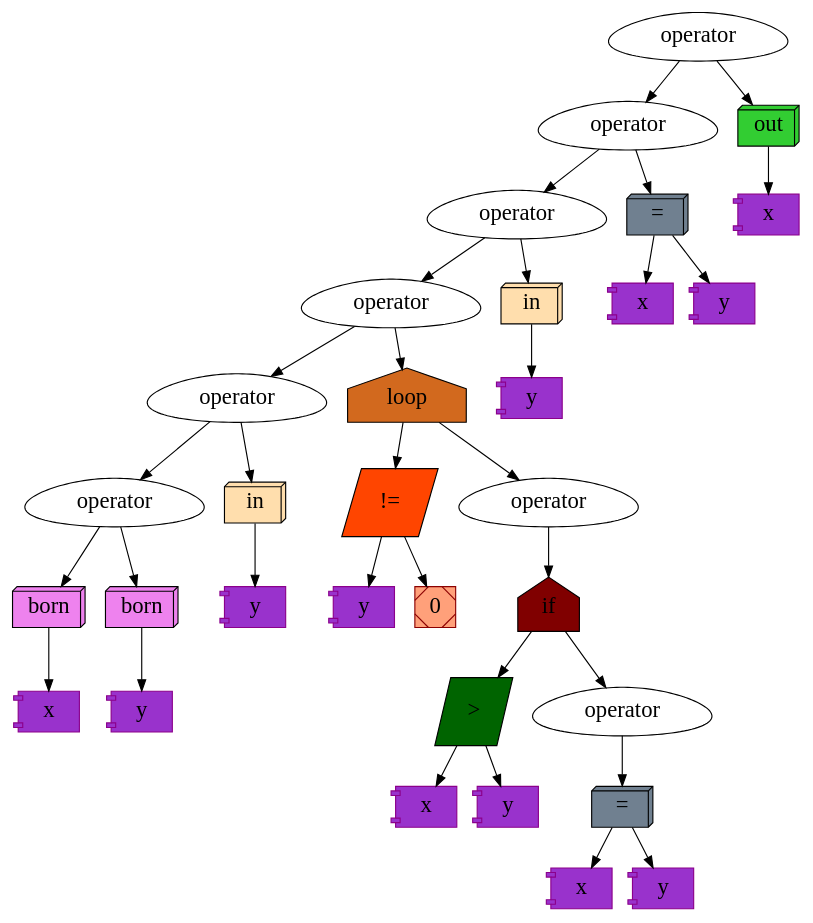
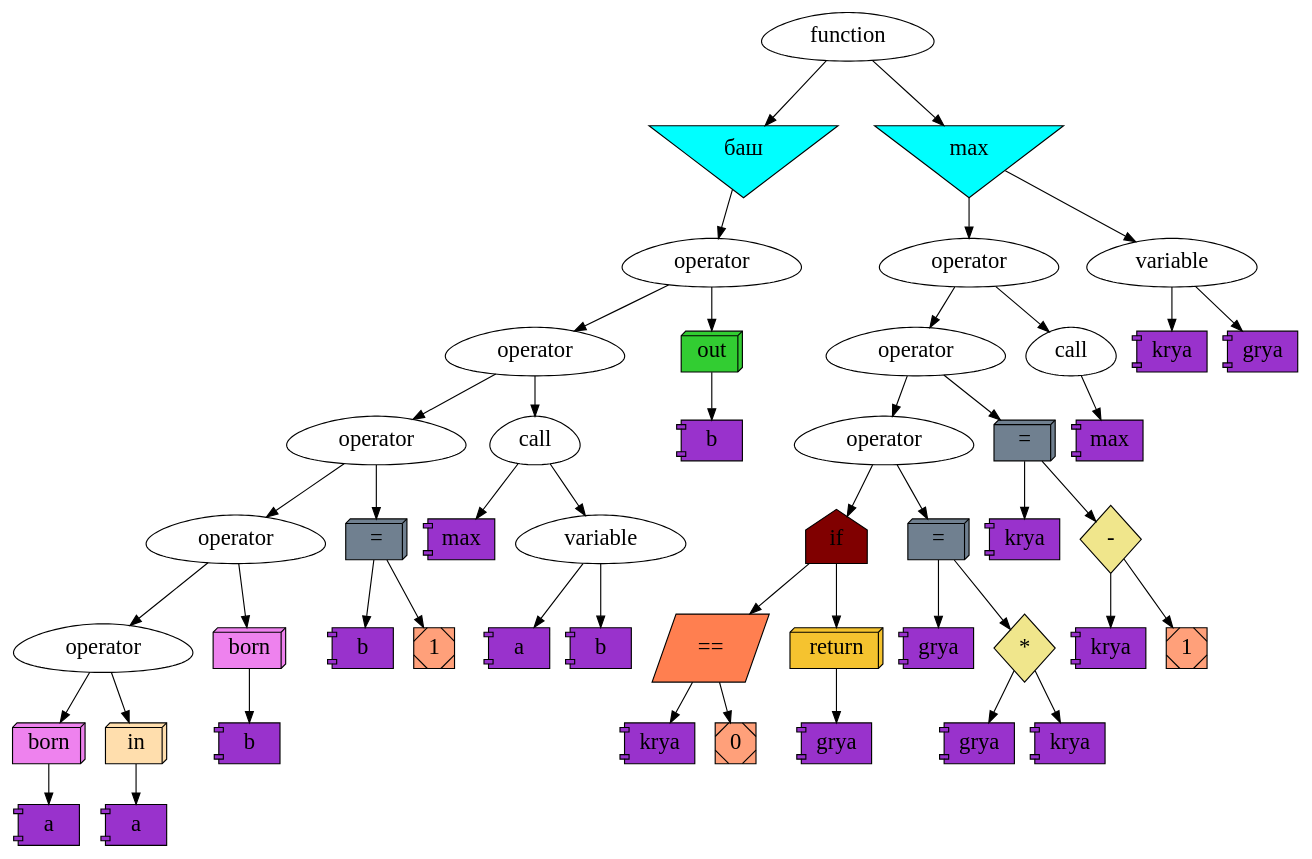
The diagram in Language/dott.dot (Arv1k/1_sem), drawn with Graphviz before and after one commit. The commit also changed 534 other files, not shown here.

```diff
--- a/Language/dott.dot
+++ b/Language/dott.dot
@@ -1,67 +1,99 @@
 digraph {
 	node[color = "#000000", fontsize = 20];
 	edge[color = "#000000", fontsize = 20];
-		hey0[label = "operator", shape = "egg", color="#000000", style="filled", fillcolor = "#FFFFFF"];
+		hey0[label = "function", shape = "egg", color="#000000", style="filled", fillcolor = "#FFFFFF"];
 		hey0->hey1;
-		hey1[label = "operator", shape = "egg", color="#000000", style="filled", fillcolor = "#FFFFFF"];
+		hey1[label = "баш", shape = "invtriangle", color="#000000", style="filled", fillcolor = "#00FFFF"];
 		hey1->hey2;
 		hey2[label = "operator", shape = "egg", color="#000000", style="filled", fillcolor = "#FFFFFF"];
 		hey2->hey3;
 		hey3[label = "operator", shape = "egg", color="#000000", style="filled", fillcolor = "#FFFFFF"];
 		hey3->hey4;
 		hey4[label = "operator", shape = "egg", color="#000000", style="filled", fillcolor = "#FFFFFF"];
 		hey4->hey5;
 		hey5[label = "operator", shape = "egg", color="#000000", style="filled", fillcolor = "#FFFFFF"];
 		hey5->hey6;
-		hey6[label = "born", shape = "box3d", color="#000000", style="filled", fillcolor = "#EE82EE"];
+		hey6[label = "operator", shape = "egg", color="#000000", style="filled", fillcolor = "#FFFFFF"];
 		hey6->hey7;
-		hey7[label = "x", shape = "component", color="#8B008B", style="filled", fillcolor = "#9932CC"];
-		hey5->hey8;
-		hey8[label = "born", shape = "box3d", color="#000000", style="filled", fillcolor = "#EE82EE"];
-		hey8->hey9;
-		hey9[label = "y", shape = "component", color="#8B008B", style="filled", fillcolor = "#9932CC"];
-		hey4->hey10;
-		hey10[label = "in", shape = "box3d", color="#000000", style="filled", fillcolor = "#FFDEAD"];
-		hey10->hey11;
-		hey11[label = "y", shape = "component", color="#8B008B", style="filled", fillcolor = "#9932CC"];
-		hey3->hey12;
-		hey12[label = "loop", shape = "house", color="#000000", style="filled", fillcolor = "#D2691E"];
-		hey12->hey13;
-		hey13[label = "!=", shape = "parallelogram", color="#000000", style="filled", fillcolor = "#FF4500"];
+		hey7[label = "born", shape = "box3d", color="#000000", style="filled", fillcolor = "#EE82EE"];
+		hey7->hey8;
+		hey8[label = "a", shape = "component", color="#000000", style="filled", fillcolor = "#9932CC"];
+		hey6->hey9;
+		hey9[label = "in", shape = "box3d", color="#000000", style="filled", fillcolor = "#FFDEAD"];
+		hey9->hey10;
+		hey10[label = "a", shape = "component", color="#000000", style="filled", fillcolor = "#9932CC"];
+		hey5->hey11;
+		hey11[label = "born", shape = "box3d", color="#000000", style="filled", fillcolor = "#EE82EE"];
+		hey11->hey12;
+		hey12[label = "b", shape = "component", color="#000000", style="filled", fillcolor = "#9932CC"];
+		hey4->hey13;
+		hey13[label = "=", shape = "box3d", color="#000000", style="filled", fillcolor = "#708090"];
 		hey13->hey14;
-		hey14[label = "y", shape = "component", color="#8B008B", style="filled", fillcolor = "#9932CC"];
+		hey14[label = "b", shape = "component", color="#000000", style="filled", fillcolor = "#9932CC"];
 		hey13->hey15;
-		hey15[label = "0", shape = "Msquare", color="#8B0000", style="filled", fillcolor = "#FFA07A"];
-		hey12->hey16;
-		hey16[label = "operator", shape = "egg", color="#000000", style="filled", fillcolor = "#FFFFFF"];
+		hey15[label = "1", shape = "Msquare", color="#000000", style="filled", fillcolor = "#FFA07A"];
+		hey3->hey16;
+		hey16[label = "call", shape = "egg", color="#000000", style="filled", fillcolor = "#FFFFFF"];
 		hey16->hey17;
-		hey17[label = "if", shape = "house", color="#000000", style="filled", fillcolor = "#800000"];
-		hey17->hey18;
-		hey18[label = ">", shape = "parallelogram", color="#000000", style="filled", fillcolor = "#006400"];
+		hey17[label = "max", shape = "component", color="#000000", style="filled", fillcolor = "#9932CC"];
+		hey16->hey18;
+		hey18[label = "variable", shape = "egg", color="#000000", style="filled", fillcolor = "#FFFFFF"];
 		hey18->hey19;
-		hey19[label = "x", shape = "component", color="#8B008B", style="filled", fillcolor = "#9932CC"];
+		hey19[label = "a", shape = "component", color="#000000", style="filled", fillcolor = "#9932CC"];
 		hey18->hey20;
-		hey20[label = "y", shape = "component", color="#8B008B", style="filled", fillcolor = "#9932CC"];
-		hey17->hey21;
-		hey21[label = "operator", shape = "egg", color="#000000", style="filled", fillcolor = "#FFFFFF"];
+		hey20[label = "b", shape = "component", color="#000000", style="filled", fillcolor = "#9932CC"];
+		hey2->hey21;
+		hey21[label = "out", shape = "box3d", color="#000000", style="filled", fillcolor = "#32CD32"];
 		hey21->hey22;
-		hey22[label = "=", shape = "box3d", color="#000000", style="filled", fillcolor = "#708090"];
-		hey22->hey23;
-		hey23[label = "x", shape = "component", color="#8B008B", style="filled", fillcolor = "#9932CC"];
-		hey22->hey24;
-		hey24[label = "y", shape = "component", color="#8B008B", style="filled", fillcolor = "#9932CC"];
-		hey2->hey25;
-		hey25[label = "in", shape = "box3d", color="#000000", style="filled", fillcolor = "#FFDEAD"];
+		hey22[label = "b", shape = "component", color="#000000", style="filled", fillcolor = "#9932CC"];
+		hey0->hey23;
+		hey23[label = "max", shape = "invtriangle", color="#000000", style="filled", fillcolor = "#00FFFF"];
+		hey23->hey24;
+		hey24[label = "operator", shape = "egg", color="#000000", style="filled", fillcolor = "#FFFFFF"];
+		hey24->hey25;
+		hey25[label = "operator", shape = "egg", color="#000000", style="filled", fillcolor = "#FFFFFF"];
 		hey25->hey26;
-		hey26[label = "y", shape = "component", color="#8B008B", style="filled", fillcolor = "#9932CC"];
-		hey1->hey27;
-		hey27[label = "=", shape = "box3d", color="#000000", style="filled", fillcolor = "#708090"];
+		hey26[label = "operator", shape = "egg", color="#000000", style="filled", fillcolor = "#FFFFFF"];
+		hey26->hey27;
+		hey27[label = "if", shape = "house", color="#000000", style="filled", fillcolor = "#800000"];
 		hey27->hey28;
-		hey28[label = "x", shape = "component", color="#8B008B", style="filled", fillcolor = "#9932CC"];
-		hey27->hey29;
-		hey29[label = "y", shape = "component", color="#8B008B", style="filled", fillcolor = "#9932CC"];
-		hey0->hey30;
-		hey30[label = "out", shape = "box3d", color="#000000", style="filled", fillcolor = "#32CD32"];
-		hey30->hey31;
-		hey31[label = "x", shape = "component", color="#8B008B", style="filled", fillcolor = "#9932CC"];
+		hey28[label = "==", shape = "parallelogram", color="#000000", style="filled", fillcolor = "#FF7F50"];
+		hey28->hey29;
+		hey29[label = "krya", shape = "component", color="#000000", style="filled", fillcolor = "#9932CC"];
+		hey28->hey30;
+		hey30[label = "0", shape = "Msquare", color="#000000", style="filled", fillcolor = "#FFA07A"];
+		hey27->hey31;
+		hey31[label = "return", shape = "box3d", color="#000000", style="filled", fillcolor = "#F5C32F"];
+		hey31->hey32;
+		hey32[label = "grya", shape = "component", color="#000000", style="filled", fillcolor = "#9932CC"];
+		hey26->hey33;
+		hey33[label = "=", shape = "box3d", color="#000000", style="filled", fillcolor = "#708090"];
+		hey33->hey34;
+		hey34[label = "grya", shape = "component", color="#000000", style="filled", fillcolor = "#9932CC"];
+		hey33->hey35;
+		hey35[label = "*", shape = "diamond", color="#000000", style="filled", fillcolor = "#F0E68C"];
+		hey35->hey36;
+		hey36[label = "grya", shape = "component", color="#000000", style="filled", fillcolor = "#9932CC"];
+		hey35->hey37;
+		hey37[label = "krya", shape = "component", color="#000000", style="filled", fillcolor = "#9932CC"];
+		hey25->hey38;
+		hey38[label = "=", shape = "box3d", color="#000000", style="filled", fillcolor = "#708090"];
+		hey38->hey39;
+		hey39[label = "krya", shape = "component", color="#000000", style="filled", fillcolor = "#9932CC"];
+		hey38->hey40;
+		hey40[label = "-", shape = "diamond", color="#000000", style="filled", fillcolor = "#F0E68C"];
+		hey40->hey41;
+		hey41[label = "krya", shape = "component", color="#000000", style="filled", fillcolor = "#9932CC"];
+		hey40->hey42;
+		hey42[label = "1", shape = "Msquare", color="#000000", style="filled", fillcolor = "#FFA07A"];
+		hey24->hey43;
+		hey43[label = "call", shape = "egg", color="#000000", style="filled", fillcolor = "#FFFFFF"];
+		hey43->hey44;
+		hey44[label = "max", shape = "component", color="#000000", style="filled", fillcolor = "#9932CC"];
+		hey23->hey45;
+		hey45[label = "variable", shape = "egg", color="#000000", style="filled", fillcolor = "#FFFFFF"];
+		hey45->hey46;
+		hey46[label = "krya", shape = "component", color="#000000", style="filled", fillcolor = "#9932CC"];
+		hey45->hey47;
+		hey47[label = "grya", shape = "component", color="#000000", style="filled", fillcolor = "#9932CC"];
 }
```
